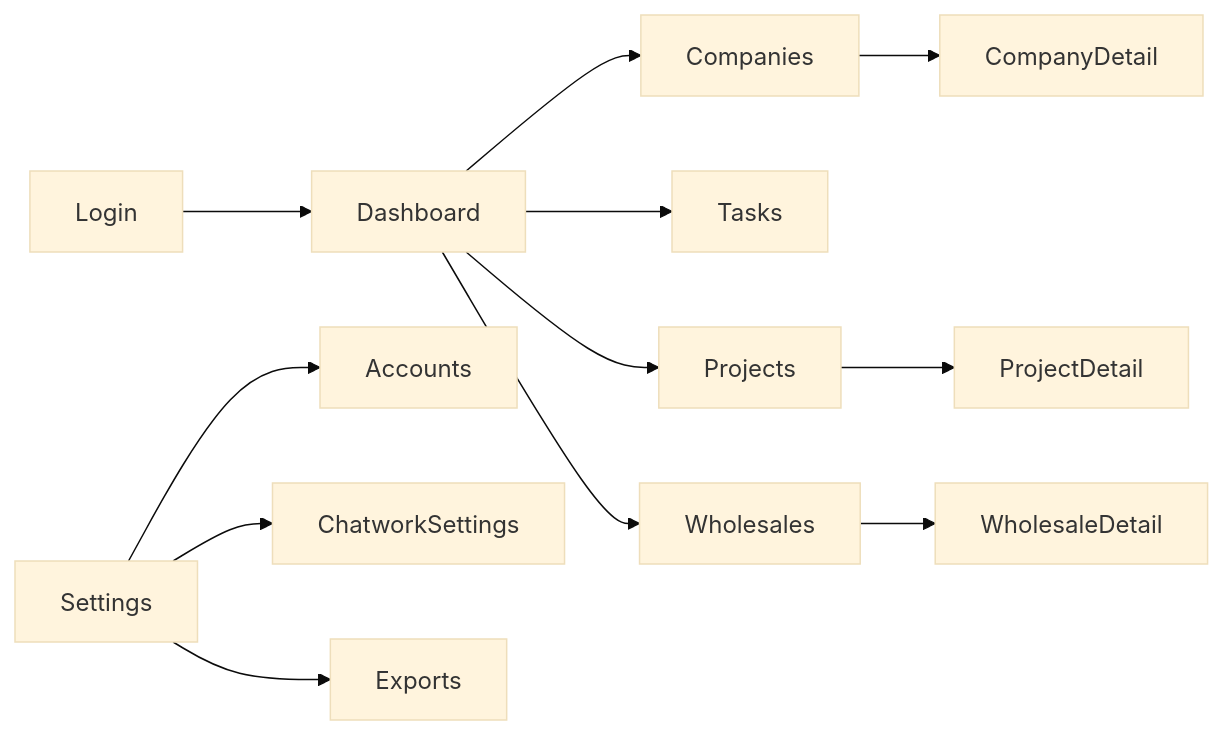
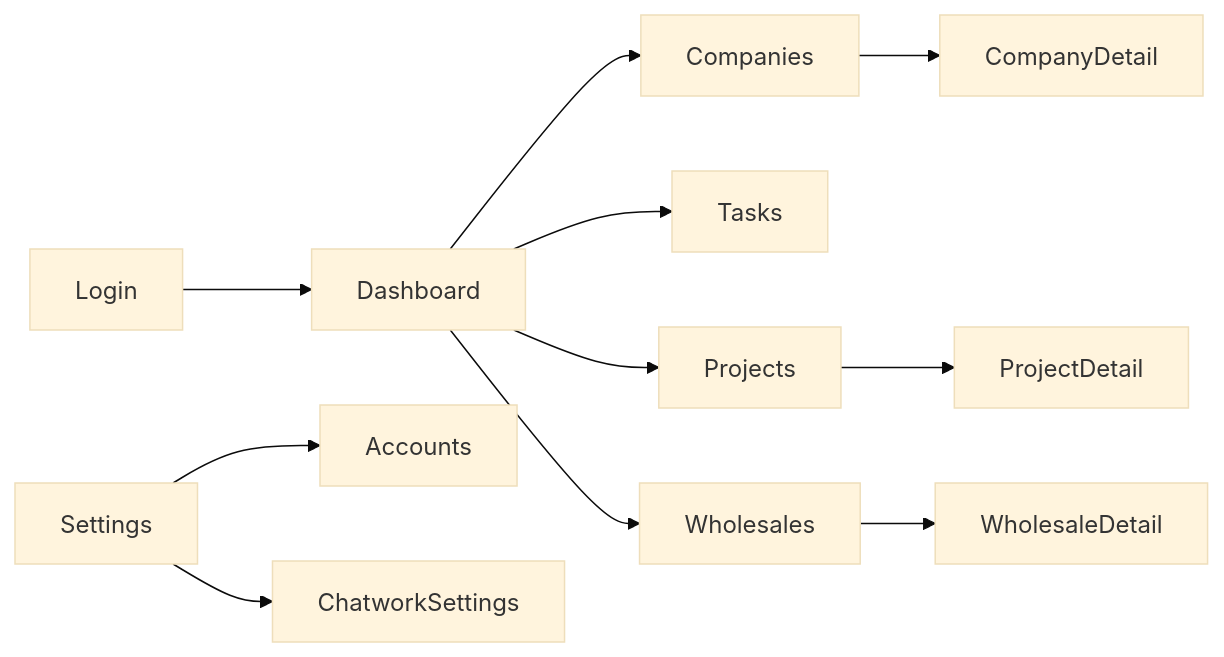
Diagram 31 of 43 in Docs/diagrams/all.md (yuma2004/CWLLM), drawn with Mermaid (base theme) before and after one commit. The commit also changed other lines of this file and 116 other files, not shown here.

````diff
--- a/Docs/diagrams/all.md
+++ b/Docs/diagrams/all.md
@@ -973,14 +959,13 @@
 ```mermaid
 flowchart LR
   Login[Login] --> Home[Dashboard]
   Home --> Companies
   Home --> Tasks
   Home --> Projects
   Home --> Wholesales
   Companies --> CompanyDetail
   Projects --> ProjectDetail
   Wholesales --> WholesaleDetail
   Settings --> Accounts
   Settings --> ChatworkSettings
-  Settings --> Exports
 ```
````
